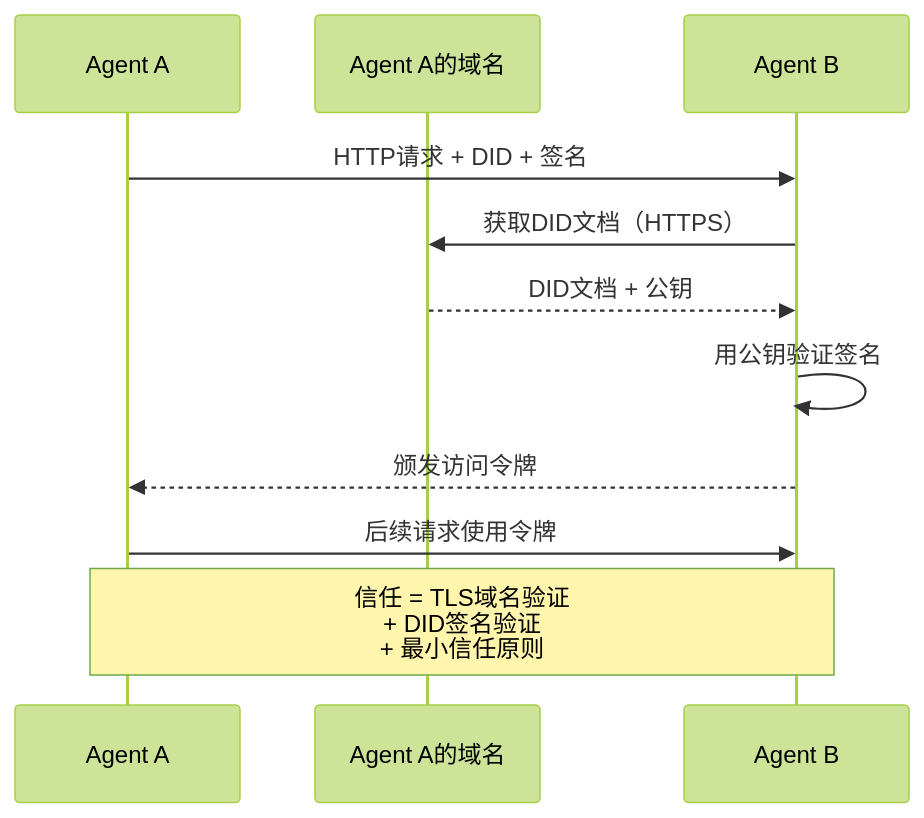
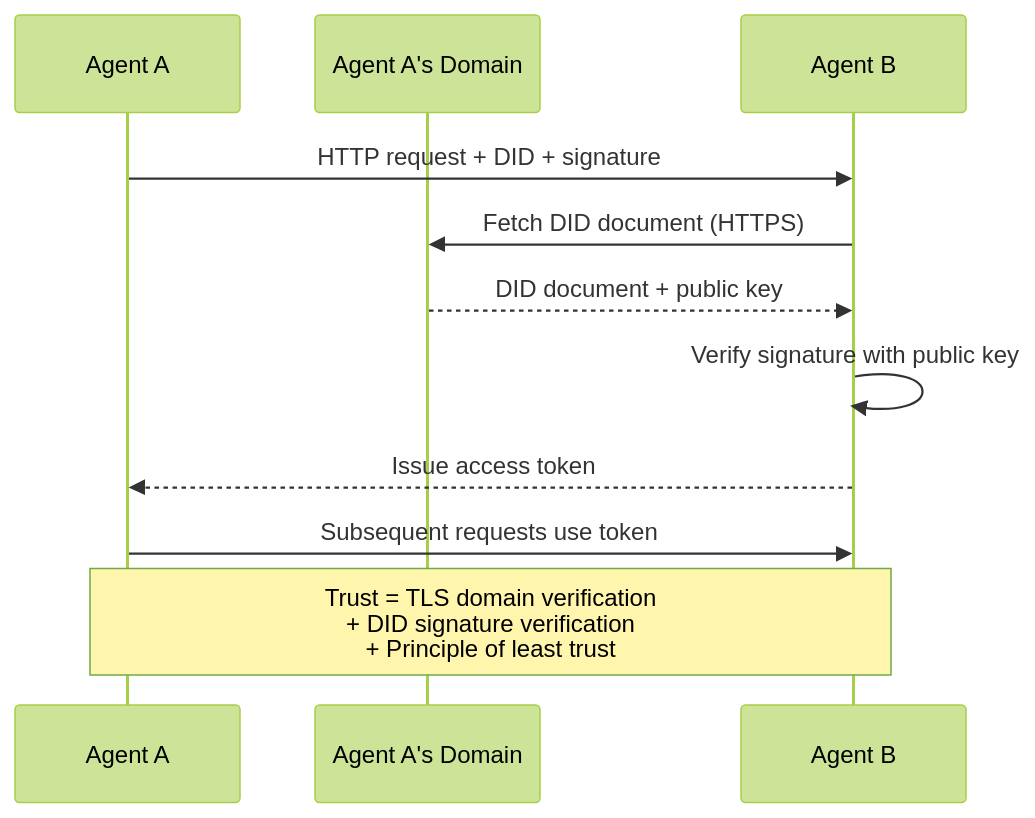
Before and after one commit to xiaojiaenen/ai-engineering-from-scratch-zh: the ninth of 13 diagrams in i18n/zh/phases/16-multi-agent-and-swarms/03-communication-protocols/docs/zh.md, drawn with Mermaid (forest theme). The commit also changed other lines of this file and 25 other files, not shown here.

````diff
--- a/i18n/zh/phases/16-multi-agent-and-swarms/03-communication-protocols/docs/zh.md
+++ b/i18n/zh/phases/16-multi-agent-and-swarms/03-communication-protocols/docs/zh.md
@@ -504,14 +504,14 @@
 ```mermaid
 sequenceDiagram
     participant A as Agent A
-    participant Domain as Agent A的域名
+    participant Domain as Agent A's Domain
     participant B as Agent B
 
-    A->>B: HTTP请求 + DID + 签名
-    B->>Domain: 获取DID文档（HTTPS）
-    Domain-->>B: DID文档 + 公钥
-    B->>B: 用公钥验证签名
-    B-->>A: 颁发访问令牌
-    A->>B: 后续请求使用令牌
-    Note over A,B: 信任 = TLS域名验证<br/>+ DID签名验证<br/>+ 最小信任原则
+    A->>B: HTTP request + DID + signature
+    B->>Domain: Fetch DID document (HTTPS)
+    Domain-->>B: DID document + public key
+    B->>B: Verify signature with public key
+    B-->>A: Issue access token
+    A->>B: Subsequent requests use token
+    Note over A,B: Trust = TLS domain verification<br/>+ DID signature verification<br/>+ Principle of least trust
 ```
````
